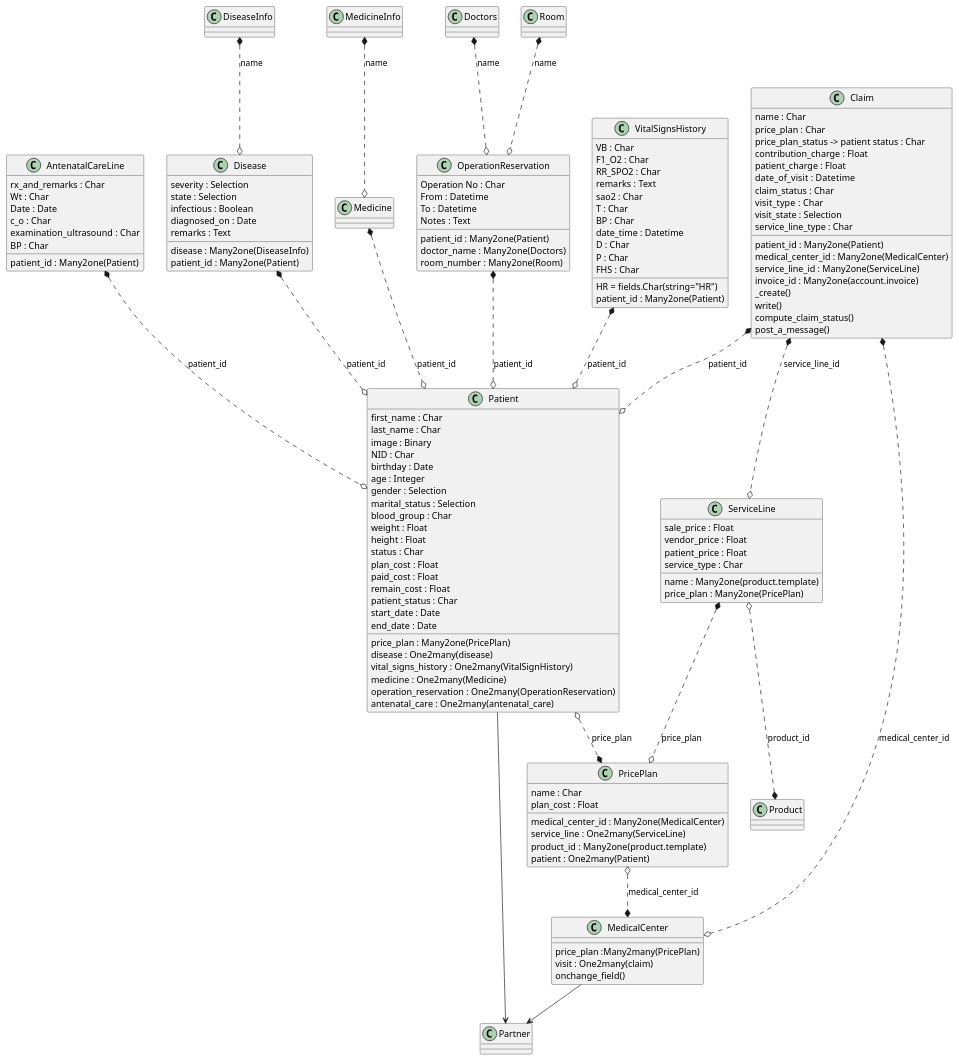
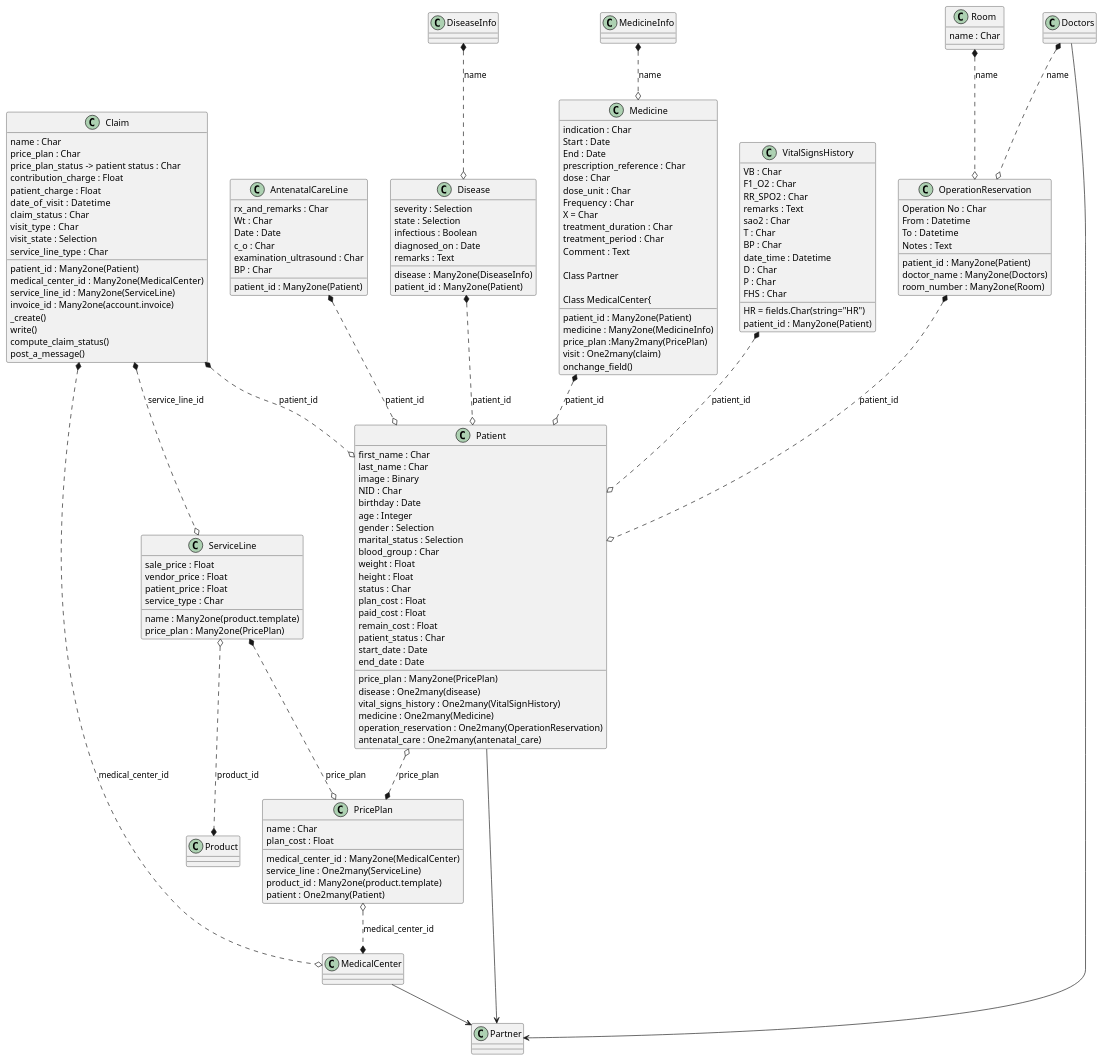
The diagram in medical_insurance/claims_classes.puml (kholioeg/oeh_claim_management), drawn with PlantUML before and after one commit.

Commit message:
Modify the system UML

```diff
--- a/medical_insurance/claims_classes.puml
+++ b/medical_insurance/claims_classes.puml
@@ -1,168 +1,185 @@
 @startuml
 
 Claim *..o Patient : patient_id
 Claim *..o MedicalCenter : medical_center_id
 Claim *..o ServiceLine : service_line_id
 
 ServiceLine *..o PricePlan : price_plan
 ServiceLine o..* Product : product_id
 
 
 PricePlan o..* MedicalCenter : medical_center_id
 
 Patient o..* PricePlan : price_plan
 
 AntenatalCareLine *..o Patient : patient_id
 Disease *..o Patient : patient_id
 Medicine *..o Patient : patient_id
 OperationReservation *..o Patient : patient_id
 VitalSignsHistory *..o Patient : patient_id
 
 DiseaseInfo *..o Disease : name
 MedicineInfo *..o Medicine : name
 Doctors *..o OperationReservation : name
 Room *..o OperationReservation : name
 
 MedicalCenter --> Partner
 Patient --> Partner
+Doctors --> Partner
 
 
 
 class Room{
+name : Char
 }
 class Doctors{
 }
 class MedicineInfo{
 }
 class DiseaseInfo{
 }
 class OperationReservation{
     Operation No : Char
     From : Datetime
     To : Datetime
     Notes : Text
     patient_id : Many2one(Patient)
     doctor_name : Many2one(Doctors)
     room_number : Many2one(Room)
 }
 
 
 class VitalSignsHistory{
     VB : Char
     F1_O2 : Char
     RR_SPO2 : Char
     remarks : Text
     sao2 : Char
     T : Char
     BP : Char
     HR = fields.Char(string="HR")
     date_time : Datetime
     D : Char
     P : Char
     FHS : Char
     patient_id : Many2one(Patient)
 }
 class Disease{
     severity : Selection
     state : Selection
     infectious : Boolean
     diagnosed_on : Date
     remarks : Text
     disease : Many2one(DiseaseInfo)
     patient_id : Many2one(Patient)
 }
 
 class AntenatalCareLine{
     rx_and_remarks : Char
     Wt : Char
     Date : Date
     c_o : Char
     examination_ultrasound : Char
     BP : Char
     patient_id : Many2one(Patient)
 }
+
+Class Medicine{
+    patient_id : Many2one(Patient)
+    medicine : Many2one(MedicineInfo)
+    indication : Char
+    Start : Date
+    End : Date
+    prescription_reference : Char
+    dose : Char
+    dose_unit : Char
+    Frequency : Char
+    X = Char
+    treatment_duration : Char
+    treatment_period : Char
+    Comment : Text
 
 Class Partner
 
 Class MedicalCenter{
     price_plan :Many2many(PricePlan)
     visit : One2many(claim)
     onchange_field()
 }
 
 Class ServiceLine
 {
     sale_price : Float
     vendor_price : Float
     patient_price : Float
     service_type : Char
     name : Many2one(product.template)
     price_plan : Many2one(PricePlan)
 }
 
 
 
 
 Class PricePlan{
     name : Char
     plan_cost : Float
     medical_center_id : Many2one(MedicalCenter)
     service_line : One2many(ServiceLine)
     product_id : Many2one(product.template)
     patient : One2many(Patient)
 }
 
 Class Patient{
     first_name : Char
     last_name : Char
     image : Binary
     NID : Char
     birthday : Date
     age : Integer
     gender : Selection
     marital_status : Selection
     blood_group : Char
     weight : Float
     height : Float
     status : Char
     plan_cost : Float
     paid_cost : Float
     remain_cost : Float
     patient_status : Char
     start_date : Date
     end_date : Date
 
     price_plan : Many2one(PricePlan)
     disease : One2many(disease)
     vital_signs_history : One2many(VitalSignHistory)
     medicine : One2many(Medicine)
     operation_reservation : One2many(OperationReservation)
     antenatal_care : One2many(antenatal_care)
 
 }
 
 
 
 
 Class Claim{
     name : Char
     price_plan : Char
     price_plan_status -> patient status : Char
     contribution_charge : Float
     patient_charge : Float
     date_of_visit :  Datetime
     claim_status : Char
     visit_type :  Char
     visit_state : Selection
     service_line_type : Char
     patient_id : Many2one(Patient)
     medical_center_id : Many2one(MedicalCenter)
     service_line_id : Many2one(ServiceLine)
     invoice_id : Many2one(account.invoice)
     _create()
     write()
     compute_claim_status()
     post_a_message()
 }
 
 @enduml
```
